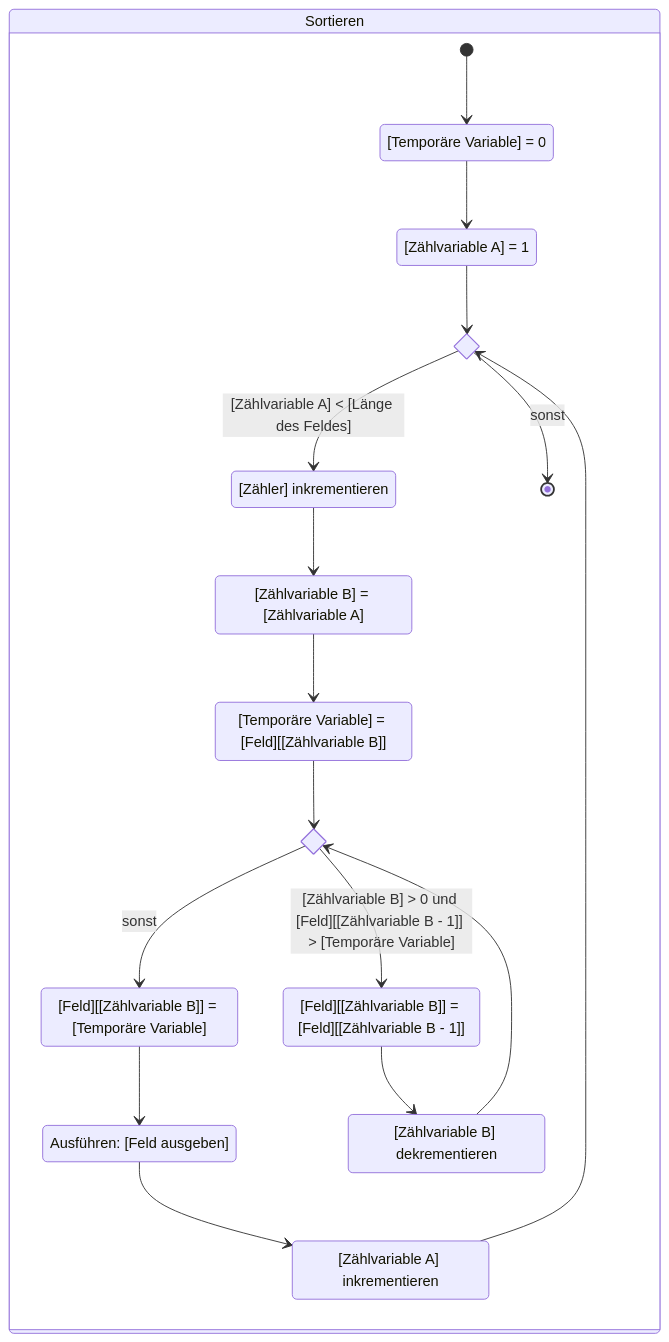
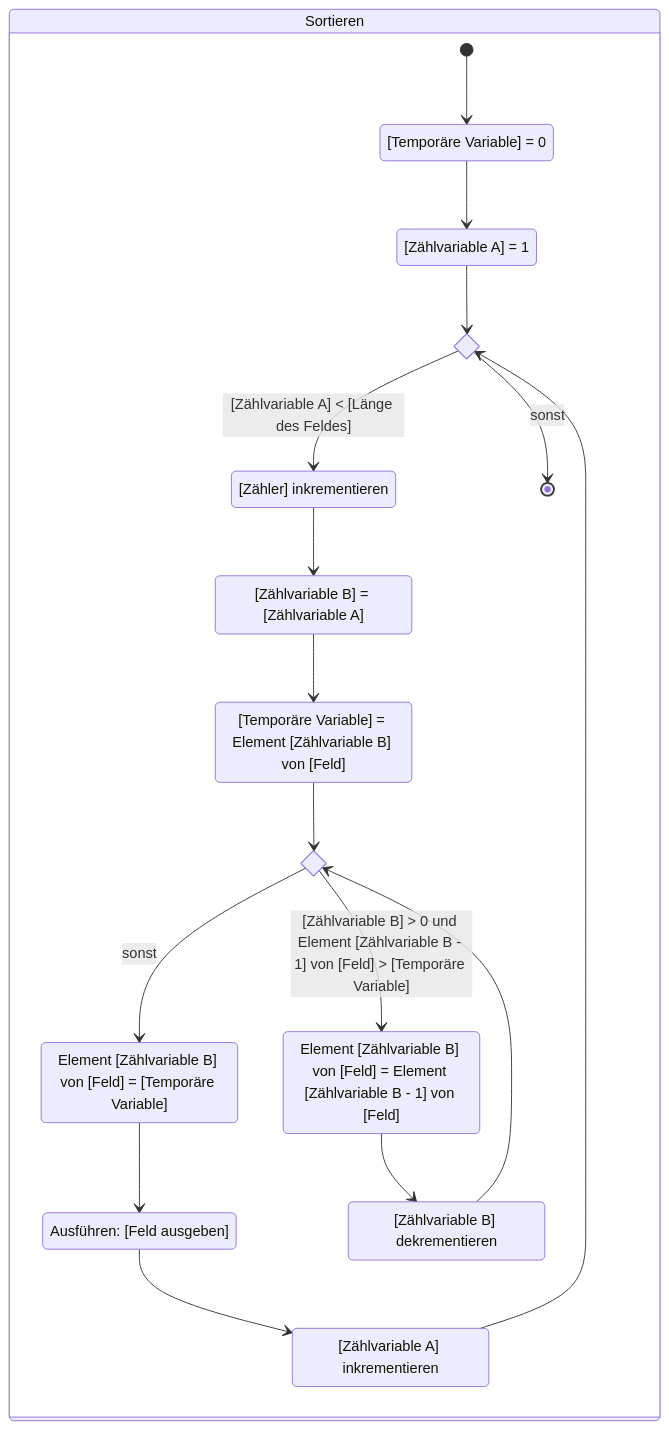
One commit to jappuccini/java-docs changed the third of 4 diagrams in docs/exam-exercises/exam-exercises-java1/activity-diagrams/insertion-sort.md. Above: the diagram before and after it, drawn with Mermaid. The commit also changed other lines of this file and 2 other files, not shown here.

Commit message:
Update Array Access Representation

````diff
--- a/docs/exam-exercises/exam-exercises-java1/activity-diagrams/insertion-sort.md
+++ b/docs/exam-exercises/exam-exercises-java1/activity-diagrams/insertion-sort.md
@@ -39,34 +39,34 @@
 ```mermaid
 stateDiagram-v2
     state "[Temporäre Variable] = 0" as state1
     state "[Zählvariable A] = 1" as state2
     state "[Zähler] inkrementieren" as state3
     state "[Zählvariable B] = [Zählvariable A]" as state4
-    state "[Temporäre Variable] = [Feld][[Zählvariable B]]" as state5
-    state "[Feld][[Zählvariable B]] = [Temporäre Variable]" as state6
+    state "[Temporäre Variable] = Element [Zählvariable B] von [Feld]" as state5
+    state "Element [Zählvariable B] von [Feld] = [Temporäre Variable]" as state6
     state "Ausführen: [Feld ausgeben]" as state7
     state "[Zählvariable A] inkrementieren" as state8
-    state "[Feld][[Zählvariable B]] = [Feld][[Zählvariable B - 1]]" as state9
+    state "Element [Zählvariable B] von [Feld] = Element [Zählvariable B - 1] von [Feld]" as state9
     state "[Zählvariable B] dekrementieren" as state10
 
     state if1 <<choice>>
     state if2 <<choice>>
 
     state "Sortieren" as sort {
         [*] --> state1
         state1 --> state2
         state2 --> if1
         if1 --> state3: [Zählvariable A] < [Länge des Feldes]
         if1 --> [*]: sonst
         state3 --> state4
         state4 --> state5
         state5 --> if2
         if2 --> state6: sonst
-        if2 --> state9: [Zählvariable B] > 0 und [Feld][[Zählvariable B - 1]] > [Temporäre Variable]
+        if2 --> state9: [Zählvariable B] > 0 und Element [Zählvariable B - 1] von [Feld] > [Temporäre Variable]
         state6 --> state7
         state7 --> state8
         state8 --> if1
         state9 --> state10
         state10 --> if2
     }
 ```
````
